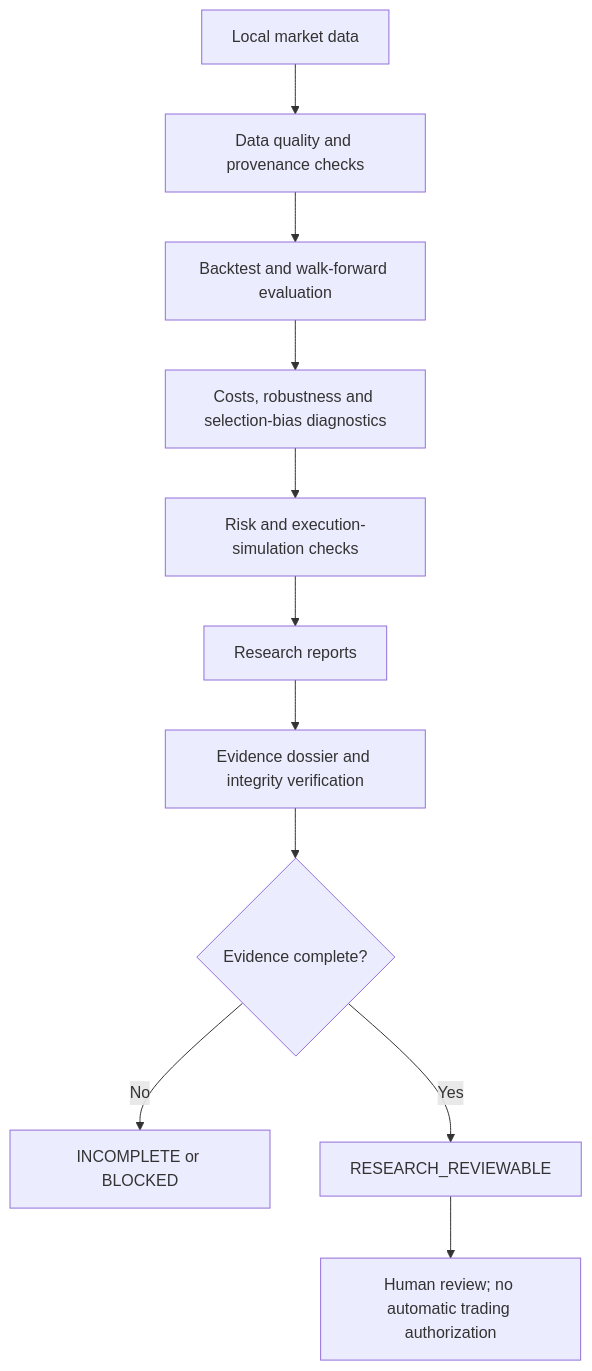
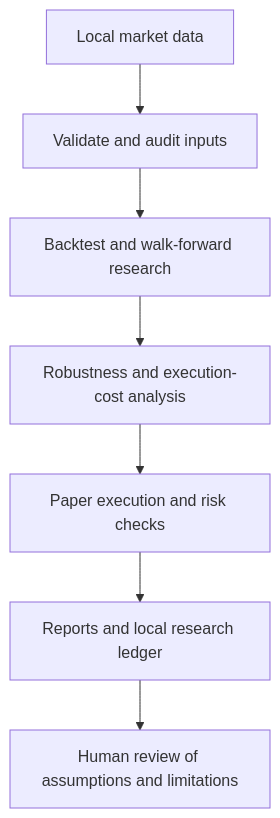
The diagram in README.md (pffoijeguff/ARASH-), drawn with Mermaid before and after one commit. The commit also changed other lines of this file, not shown here.

````diff
--- a/README.md
+++ b/README.md
@@ -40,13 +38,9 @@
 ```mermaid
 flowchart TD
-    A[Local market data] --> B[Data quality and provenance checks]
-    B --> C[Backtest and walk-forward evaluation]
-    C --> D[Costs, robustness and selection-bias diagnostics]
-    D --> E[Risk and execution-simulation checks]
-    E --> F[Research reports]
-    F --> G[Evidence dossier and integrity verification]
-    G --> H{Evidence complete?}
-    H -->|No| I[INCOMPLETE or BLOCKED]
-    H -->|Yes| J[RESEARCH_REVIEWABLE]
-    J --> K[Human review; no automatic trading authorization]
+    A[Local market data] --> B[Validate and audit inputs]
+    B --> C[Backtest and walk-forward research]
+    C --> D[Robustness and execution-cost analysis]
+    D --> E[Paper execution and risk checks]
+    E --> F[Reports and local research ledger]
+    F --> G[Human review of assumptions and limitations]
 ```
````
